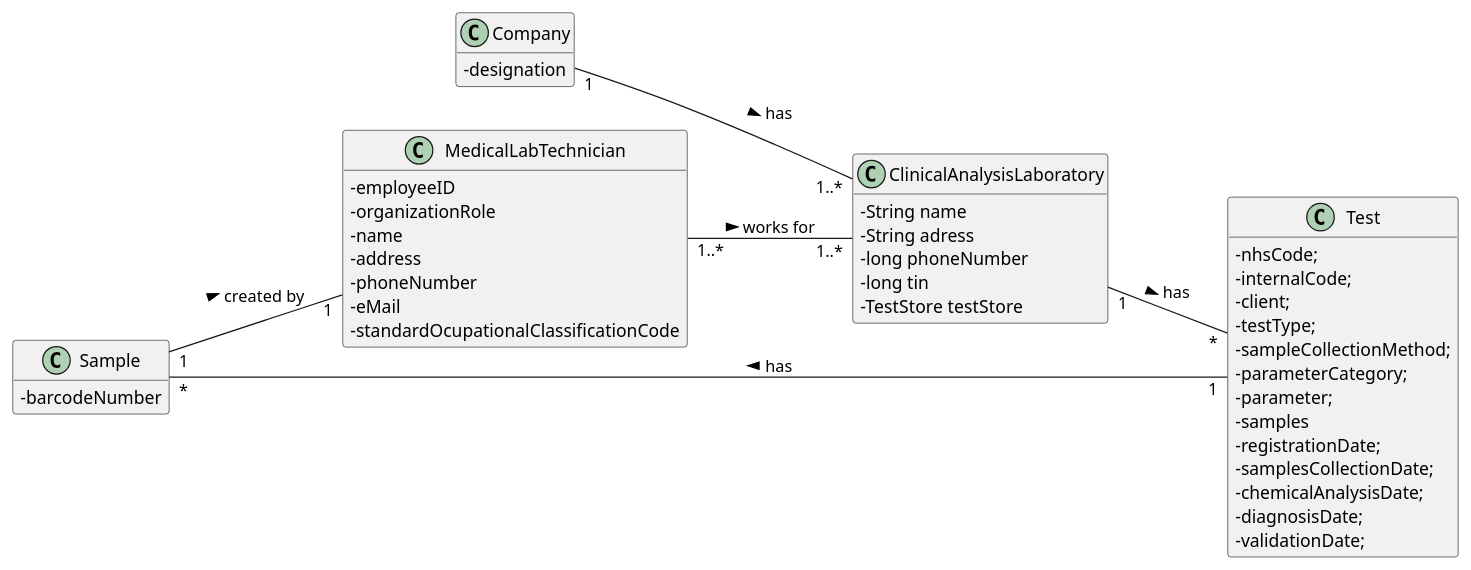
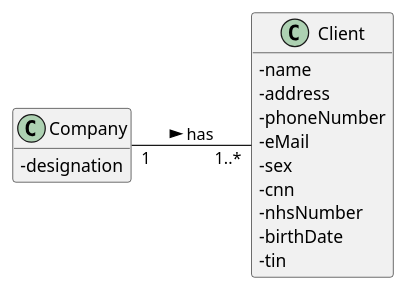
Before and after one commit to RuiRioPina/LAPR2-20-21: the diagram in docs/SprintD/US_2/UC2_MD.puml, drawn with PlantUML. The commit also changed 3 other files, not shown here.

```diff
--- a/docs/SprintD/US_2/UC2_MD.puml
+++ b/docs/SprintD/US_2/UC2_MD.puml
@@ -1,53 +1,23 @@
 @startuml
 skinparam classAttributeIconSize 0
 hide methods
 left to right direction
 
-class Sample {
-  -barcodeNumber
-}
-
 class Company {
   -designation
 }
 
-class ClinicalAnalysisLaboratory {
-  -String name
-  -String adress
-  -long phoneNumber
-  -long tin
-  -TestStore testStore
-  +getTestStore()
-}
-class Test {
-  -nhsCode;
-  -internalCode;
-  -client;
-  -testType;
-  -sampleCollectionMethod;
-  -parameterCategory;
-  -parameter;
-  -samples
-  -registrationDate;
-  -samplesCollectionDate;
-  -chemicalAnalysisDate;
-  -diagnosisDate;
-  -validationDate;
-}
-
-class MedicalLabTechnician {
-  -employeeID
-  -organizationRole
+class Client {  
   -name
   -address
   -phoneNumber
   -eMail
-  -standardOcupationalClassificationCode
+  -sex
+  -cnn
+  -nhsNumber
+  -birthDate
+  -tin
 }
 
-Company "1" -- "1..*" ClinicalAnalysisLaboratory : has >
-ClinicalAnalysisLaboratory "1" -- "*" Test : has >
-MedicalLabTechnician "1..*" -- "1..*" ClinicalAnalysisLaboratory : works for >
-Test "1" -- "*" Sample : has >
-Sample "1" -- "1" MedicalLabTechnician : created by >
+Company "1" -- "1..*" Client : has >
 @enduml
```
